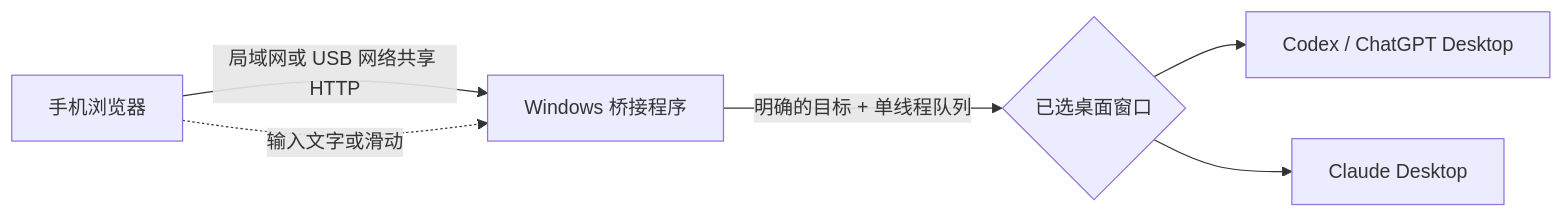
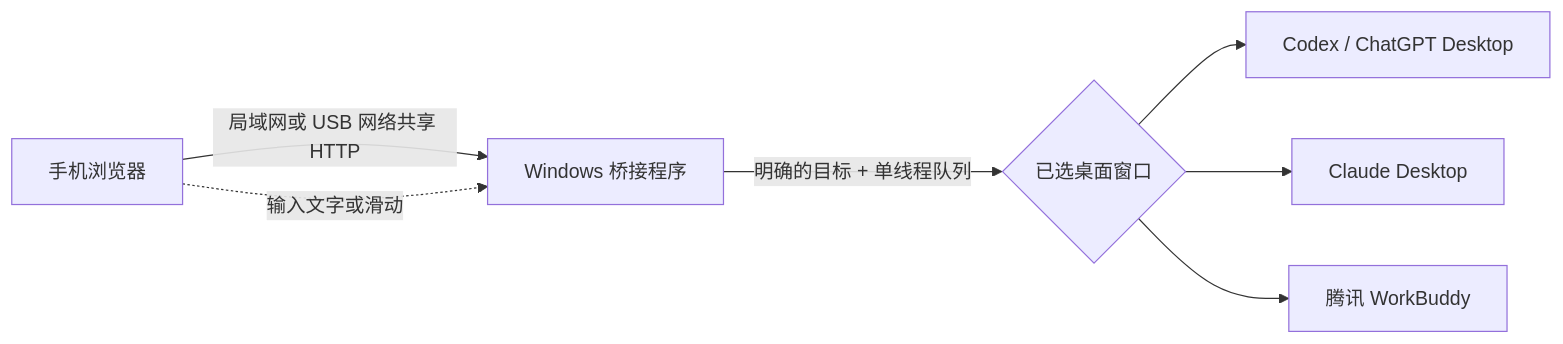
Before and after one commit to L3n3L/codex-phone-connect: the diagram in README.md, drawn with Mermaid. The commit also changed other lines of this file and 17 other files, not shown here.

Commit message:
Add WorkBuddy desktop agent support

````diff
--- a/README.md
+++ b/README.md
@@ -52,8 +52,9 @@
 ```mermaid
 flowchart LR
     Phone[手机浏览器] -->|局域网或 USB 网络共享 HTTP| Bridge[Windows 桥接程序]
     Bridge -->|明确的目标 + 单线程队列| Target{已选桌面窗口}
     Target --> GPT[Codex / ChatGPT Desktop]
     Target --> Claude[Claude Desktop]
+    Target --> WorkBuddy[腾讯 WorkBuddy]
     Phone -. 输入文字或滑动 .-> Bridge
 ```
````
